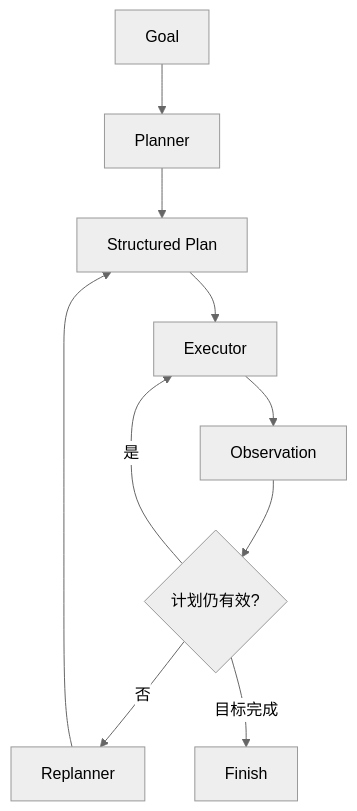
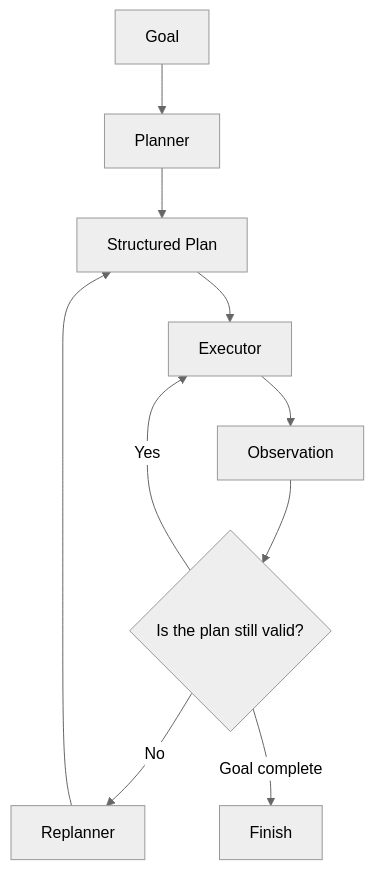
The eighth of 17 diagrams in docs/agent/02-reasoning-planning/11-llm-agent-planning.md (oneleaveknowsthefall/awesome-ai-roadmap), drawn with Mermaid (neutral theme) before and after one commit. The commit also changed other lines of this file and 68 other files, not shown here.

````diff
--- a/docs/agent/02-reasoning-planning/11-llm-agent-planning.md
+++ b/docs/agent/02-reasoning-planning/11-llm-agent-planning.md
@@ -414,12 +414,12 @@
 ```mermaid
 flowchart TB
     G[Goal] --> P[Planner]
     P --> PLAN[Structured Plan]
     PLAN --> E[Executor]
     E --> O[Observation]
-    O --> V{计划仍有效?}
-    V -->|是| E
-    V -->|否| RP[Replanner]
+    O --> V{Is the plan still valid?}
+    V -->|Yes| E
+    V -->|No| RP[Replanner]
     RP --> PLAN
-    V -->|目标完成| DONE[Finish]
+    V -->|Goal complete| DONE[Finish]
 ```
````
